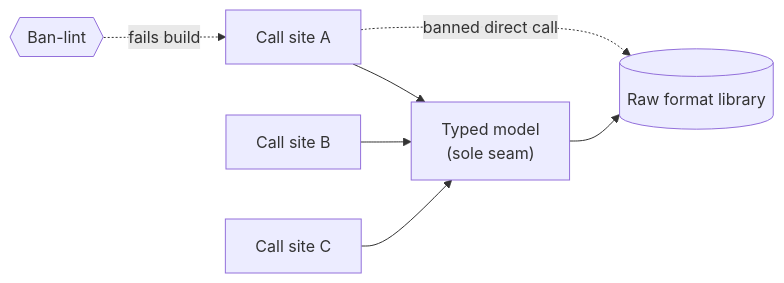
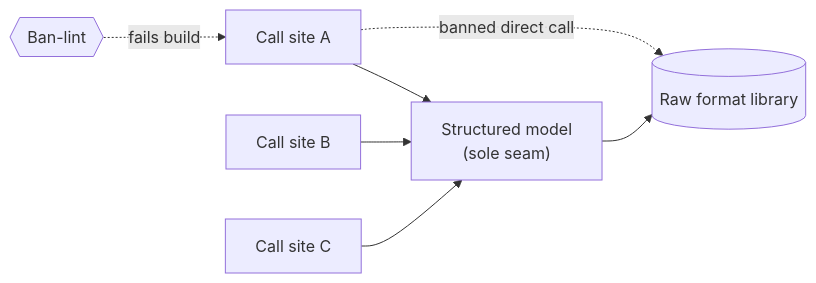
The diagram in book/appendix-fills/product/pdf-model.md (davisjam/agent-governance-mechanisms), drawn with Mermaid before and after one commit. The commit also changed other lines of this file and 192 other files, not shown here.

````diff
--- a/book/appendix-fills/product/pdf-model.md
+++ b/book/appendix-fills/product/pdf-model.md
@@ -37,9 +37,9 @@
 ```mermaid
 flowchart LR
   C1[Call site A] --> M
   C2[Call site B] --> M
   C3[Call site C] --> M
-  M["Typed model<br/>(sole seam)"] --> R[(Raw format library)]
+  M["Structured model<br/>(sole seam)"] --> R[(Raw format library)]
   C1 -. banned direct call .-> R
   L{{Ban-lint}} -. fails build .-> C1
 ```
````
